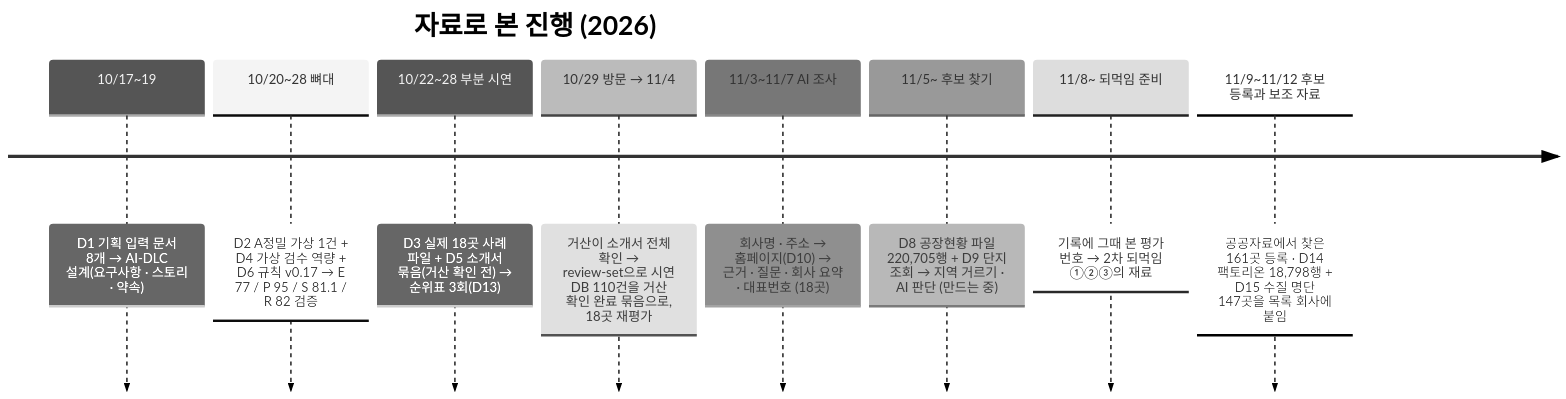
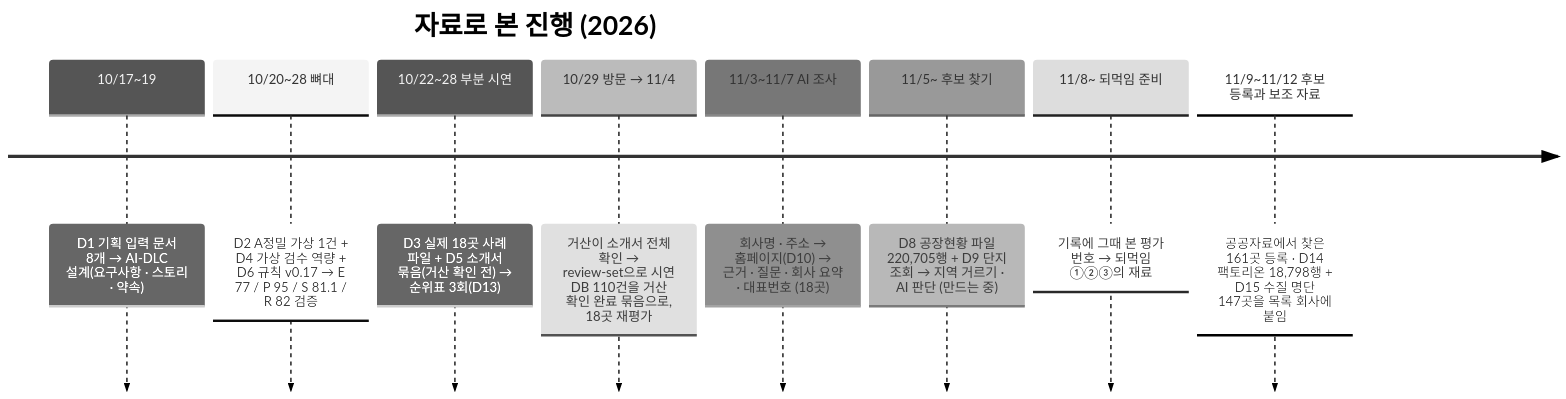
Before and after one commit to agent-ddalgi-team/final-geosan: the second of 2 diagrams in docs/map/data-map.md, drawn with Mermaid (neutral theme). The commit also changed other lines of this file and 5 other files, not shown here.

````diff
--- a/docs/map/data-map.md
+++ b/docs/map/data-map.md
@@ -127,12 +127,12 @@
 ```mermaid
 timeline
     title 자료로 본 진행 (2026)
     10/17~19 : D1 기획 입력 문서 8개 → AI-DLC 설계(요구사항 · 스토리 · 약속)
     10/20~28 뼈대 : D2 A정밀 가상 1건 + D4 가상 검수 역량 + D6 규칙 v0.17 → E 77 / P 95 / S 81.1 / R 82 검증
     10/22~28 부분 시연 : D3 실제 18곳 사례 파일 + D5 소개서 묶음(거산 확인 전) → 순위표 3회(D13)
     10/29 방문 → 11/4 : 거산이 소개서 전체 확인 → review-set으로 시연 DB 110건을 거산 확인 완료 묶음으로, 18곳 재평가
     11/3~11/7 AI 조사 : 회사명 · 주소 → 홈페이지(D10) → 근거 · 질문 · 회사 요약 · 대표번호 (18곳)
     11/5~ 후보 찾기 : D8 공장현황 파일 220,705행 + D9 단지 조회 → 지역 거르기 · AI 판단 (만드는 중)
-    11/8~ 되먹임 준비 : 기록에 그때 본 평가 번호 → 2차 되먹임 ①②③의 재료
+    11/8~ 되먹임 준비 : 기록에 그때 본 평가 번호 → 되먹임 ①②③의 재료
     11/9~11/12 후보 등록과 보조 자료 : 공공자료에서 찾은 161곳 등록 · D14 팩토리온 18,798행 + D15 수질 명단 147곳을 목록 회사에 붙임
 ```
````
